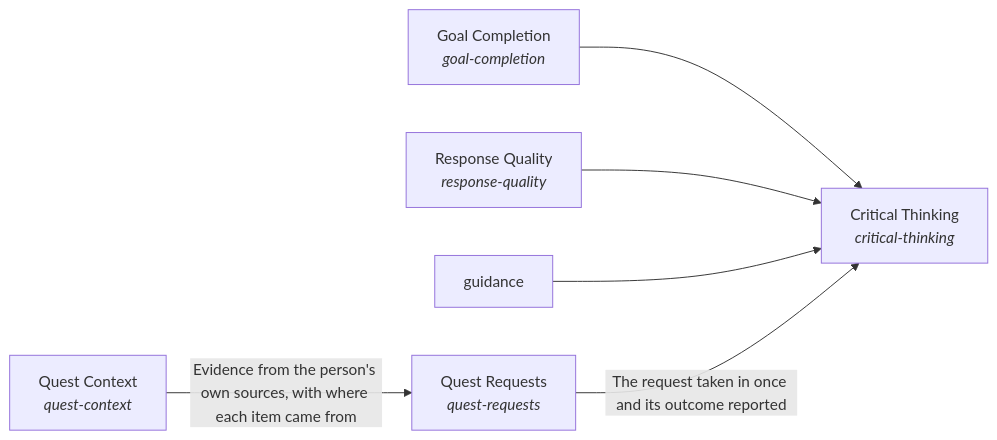
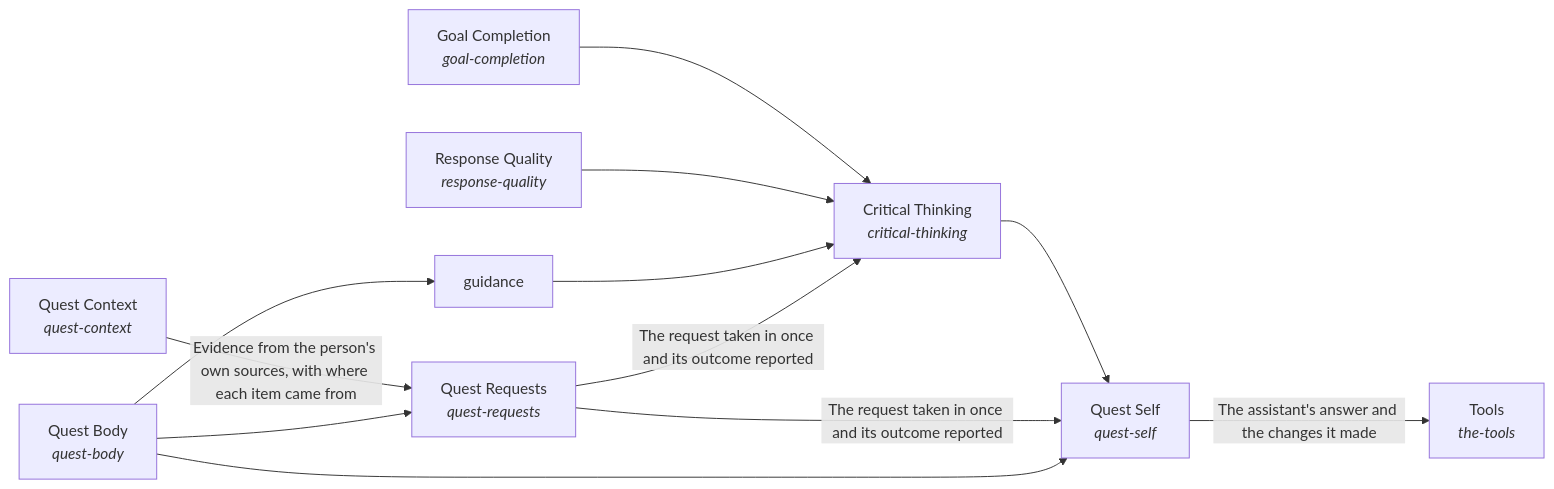
Before and after one commit to SpiritualData/quest-ai-runner: the second of 2 diagrams in quest_ai_runner/README.md, drawn with Mermaid. The commit also changed other lines of this file and 17 other files, not shown here.

Commit message:
Regenerated READMEs, tracker and diagrams after the container hierarchy

````diff
--- a/quest_ai_runner/README.md
+++ b/quest_ai_runner/README.md
@@ -123,14 +164,23 @@
 ```mermaid
 flowchart LR
     s0["Critical Thinking<br/><i>critical-thinking</i>"]
     s1["Goal Completion<br/><i>goal-completion</i>"]
     s2["Response Quality<br/><i>response-quality</i>"]
     s3["guidance"]
-    s4["Quest Context<br/><i>quest-context</i>"]
-    s5["Quest Requests<br/><i>quest-requests</i>"]
+    s4["Tools<br/><i>the-tools</i>"]
+    s5["Quest Context<br/><i>quest-context</i>"]
+    s6["Quest Requests<br/><i>quest-requests</i>"]
+    s7["Quest Self<br/><i>quest-self</i>"]
+    s8["Quest Body<br/><i>quest-body</i>"]
+    s0 --> s7
     s1 --> s0
     s2 --> s0
     s3 --> s0
-    s4 -->|"Evidence from the person's own sources, with where each item came from"| s5
-    s5 -->|"The request taken in once and its outcome reported"| s0
+    s5 -->|"Evidence from the person's own sources, with where each item came from"| s6
+    s6 -->|"The request taken in once and its outcome reported"| s0
+    s6 -->|"The request taken in once and its outcome reported"| s7
+    s7 -->|"The assistant's answer and the changes it made"| s4
+    s8 --> s3
+    s8 --> s6
+    s8 --> s7
 ```
````
